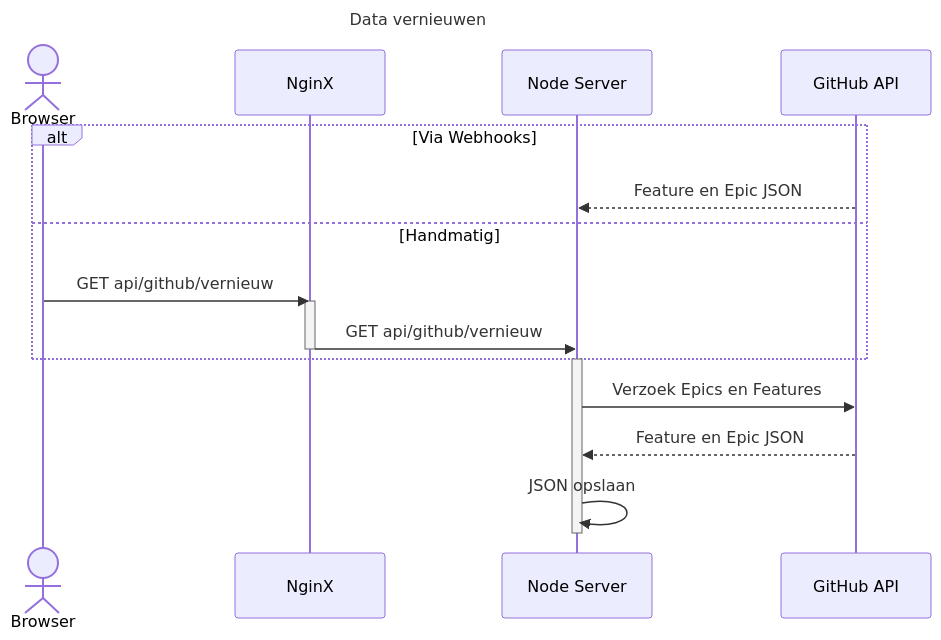
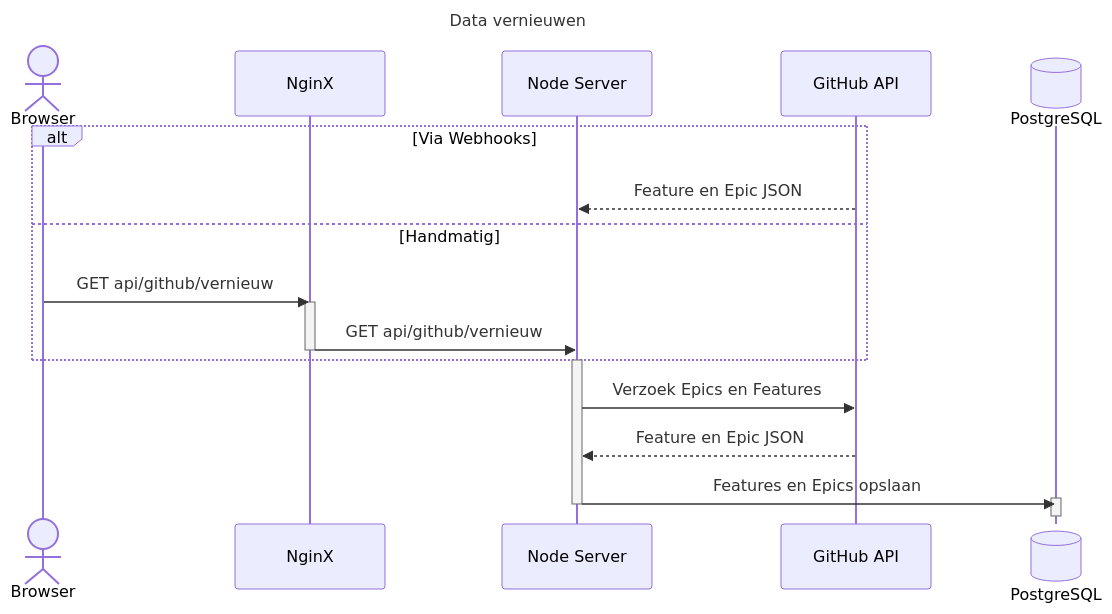
One commit to MijnInkomen/public-lab-mijninkomen changed the third of 4 diagrams in docs/roadmap-api/github-communicate.md. Above: the diagram before and after it, drawn with Mermaid. The commit also changed other lines of this file and 1 other file, not shown here.

````diff
--- a/docs/roadmap-api/github-communicate.md
+++ b/docs/roadmap-api/github-communicate.md
@@ -118,24 +124,27 @@
 ```mermaid
 ---
 title: Data vernieuwen
 ---
 sequenceDiagram
     actor browser as Browser
     participant proxy as NginX
     participant node as Node Server
     participant github as GitHub API
+    participant db@{ "type": "database"} as PostgreSQL
     alt Via Webhooks
         github-->>node: Feature en Epic JSON
     else Handmatig
     browser->>proxy: GET api/github/vernieuw
     activate proxy
     proxy->>node: GET api/github/vernieuw
     deactivate proxy
     end
     activate node
     node->>github: Verzoek Epics en Features
     github-->>node: Feature en Epic JSON
-    node->>node: JSON opslaan
+    node->>db: Features en Epics opslaan
+    activate db
     deactivate node
+    deactivate db
 
 ```
````
